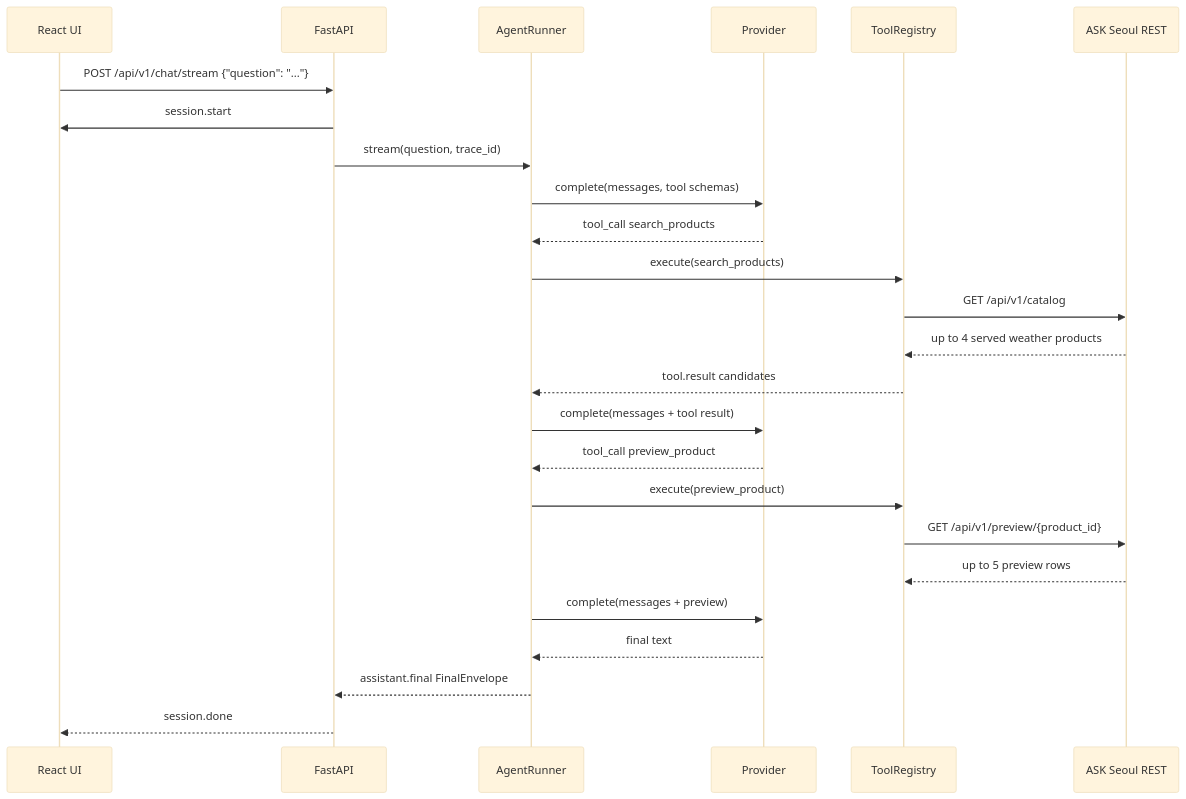
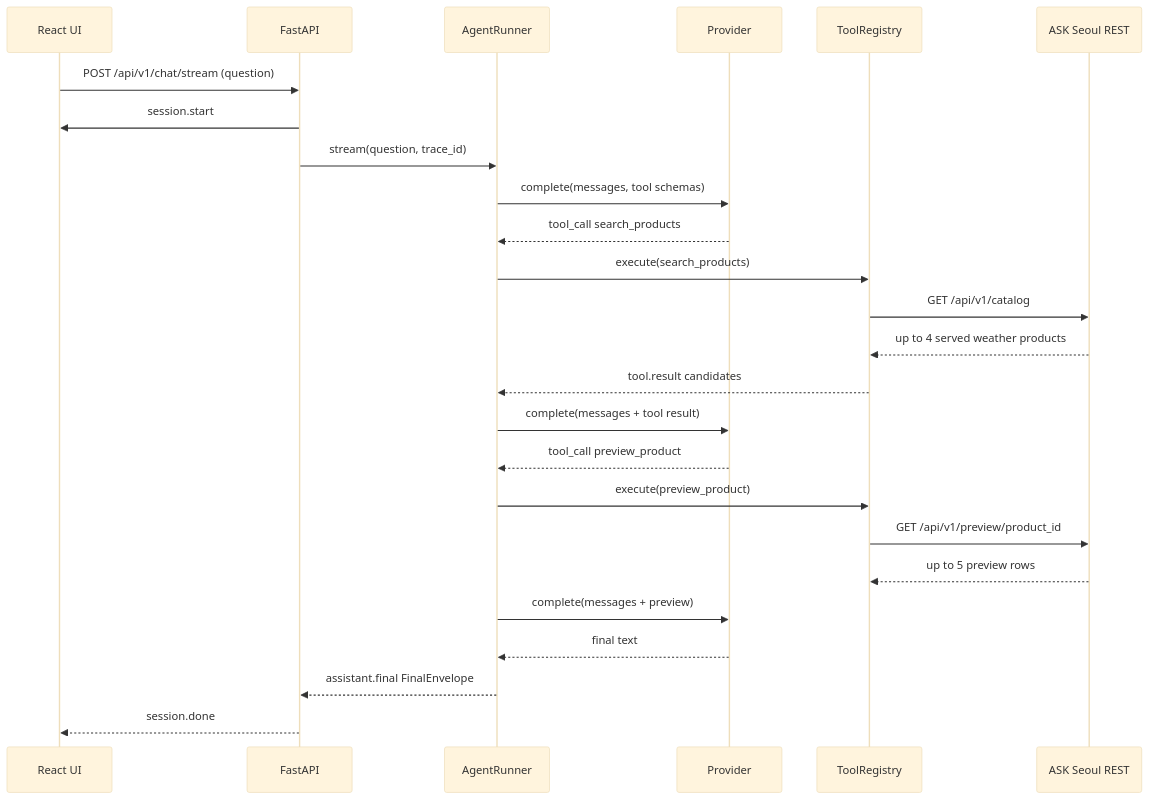
One commit to masondev1024/ask-seoul-agent changed the second of 2 diagrams in README.md. Above: the diagram before and after it, drawn with Mermaid (base theme). The commit also changed other lines of this file and 1 other file, not shown here.

Commit message:
docs: define dev release workflow and fix diagrams

````diff
--- a/README.md
+++ b/README.md
@@ -48,28 +88,28 @@
 ```mermaid
 sequenceDiagram
   participant UI as React UI
   participant API as FastAPI
   participant Agent as AgentRunner
   participant Provider as Provider
   participant Tools as ToolRegistry
   participant Ask as ASK Seoul REST
 
-  UI->>API: POST /api/v1/chat/stream {"question": "..."}
+  UI->>API: POST /api/v1/chat/stream (question)
   API->>UI: session.start
   API->>Agent: stream(question, trace_id)
   Agent->>Provider: complete(messages, tool schemas)
   Provider-->>Agent: tool_call search_products
   Agent->>Tools: execute(search_products)
   Tools->>Ask: GET /api/v1/catalog
   Ask-->>Tools: up to 4 served weather products
   Tools-->>Agent: tool.result candidates
   Agent->>Provider: complete(messages + tool result)
   Provider-->>Agent: tool_call preview_product
   Agent->>Tools: execute(preview_product)
-  Tools->>Ask: GET /api/v1/preview/{product_id}
+  Tools->>Ask: GET /api/v1/preview/product_id
   Ask-->>Tools: up to 5 preview rows
   Agent->>Provider: complete(messages + preview)
   Provider-->>Agent: final text
   Agent-->>API: assistant.final FinalEnvelope
   API-->>UI: session.done
 ```
````
